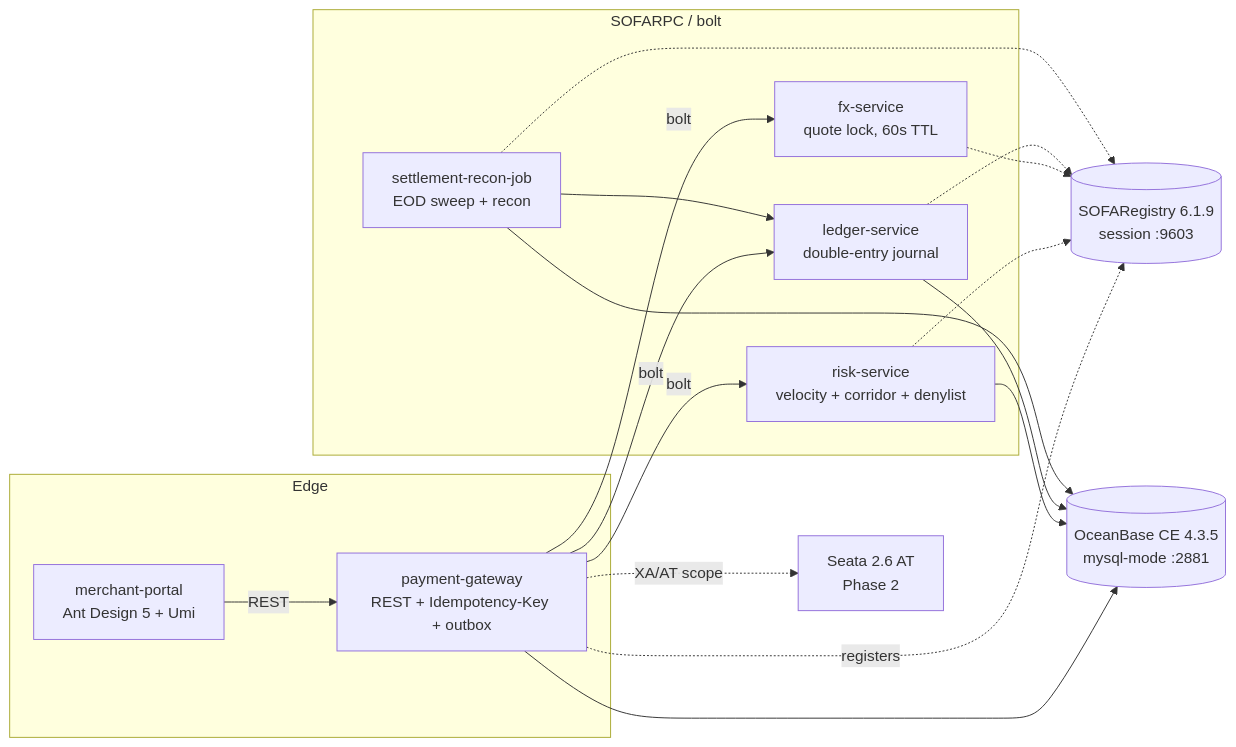
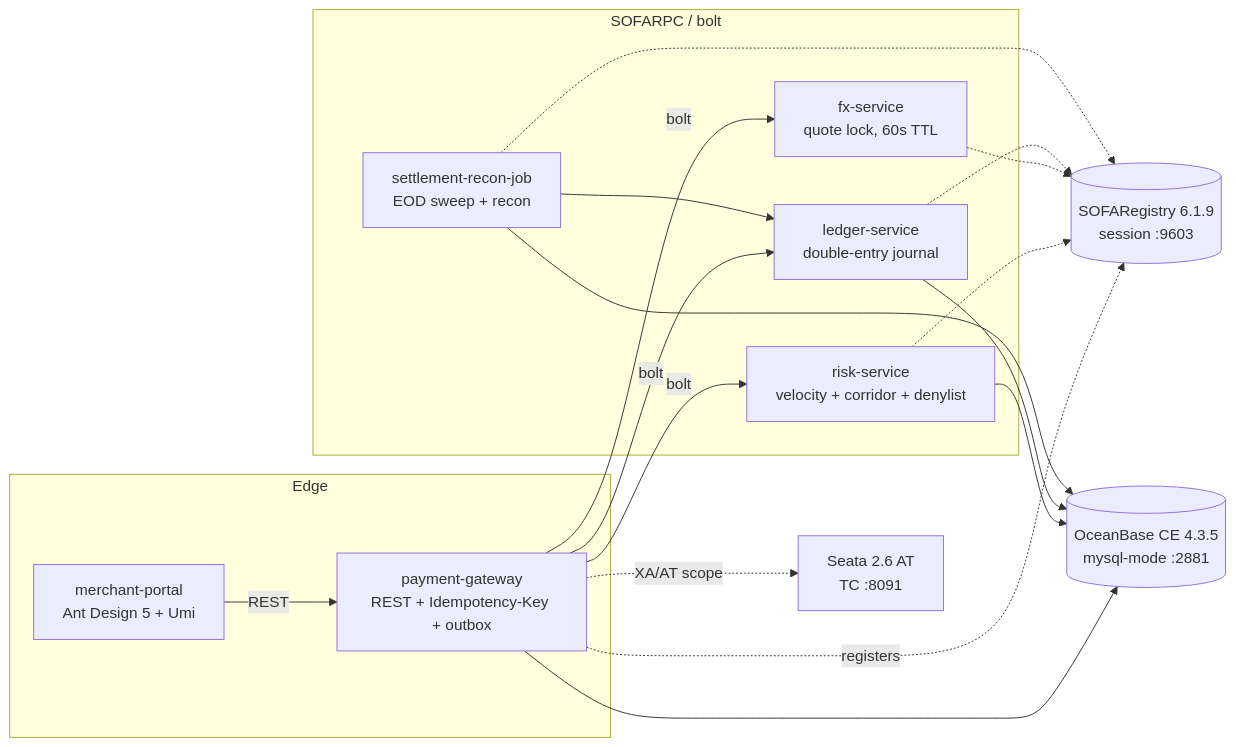
Before and after one commit to robertncl/payment: the diagram in README.md, drawn with Mermaid. The commit also changed other lines of this file and 36 other files, not shown here.

````diff
--- a/README.md
+++ b/README.md
@@ -11,32 +11,32 @@
 ```mermaid
 flowchart LR
     subgraph edge [Edge]
         MP[merchant-portal<br/>Ant Design 5 + Umi]
         PG[payment-gateway<br/>REST + Idempotency-Key + outbox]
     end
     subgraph core [SOFARPC / bolt]
         RS[risk-service<br/>velocity + corridor + denylist]
         FX[fx-service<br/>quote lock, 60s TTL]
         LG[ledger-service<br/>double-entry journal]
         RJ[settlement-recon-job<br/>EOD sweep + recon]
     end
     REG[(SOFARegistry 6.1.9<br/>session :9603)]
     OB[(OceanBase CE 4.3.5<br/>mysql-mode :2881)]
-    SEATA[Seata 2.6 AT<br/>Phase 2]
+    SEATA[Seata 2.6 AT<br/>TC :8091]
 
     MP -->|REST| PG
     PG -->|bolt| RS
     PG -->|bolt| FX
     PG -->|bolt| LG
     RJ --> LG
     PG -.registers.-> REG
     RS -.-> REG
     FX -.-> REG
     LG -.-> REG
     RJ -.-> REG
     PG --> OB
     RS --> OB
     LG --> OB
     RJ --> OB
     PG -.XA/AT scope.-> SEATA
 ```
````
